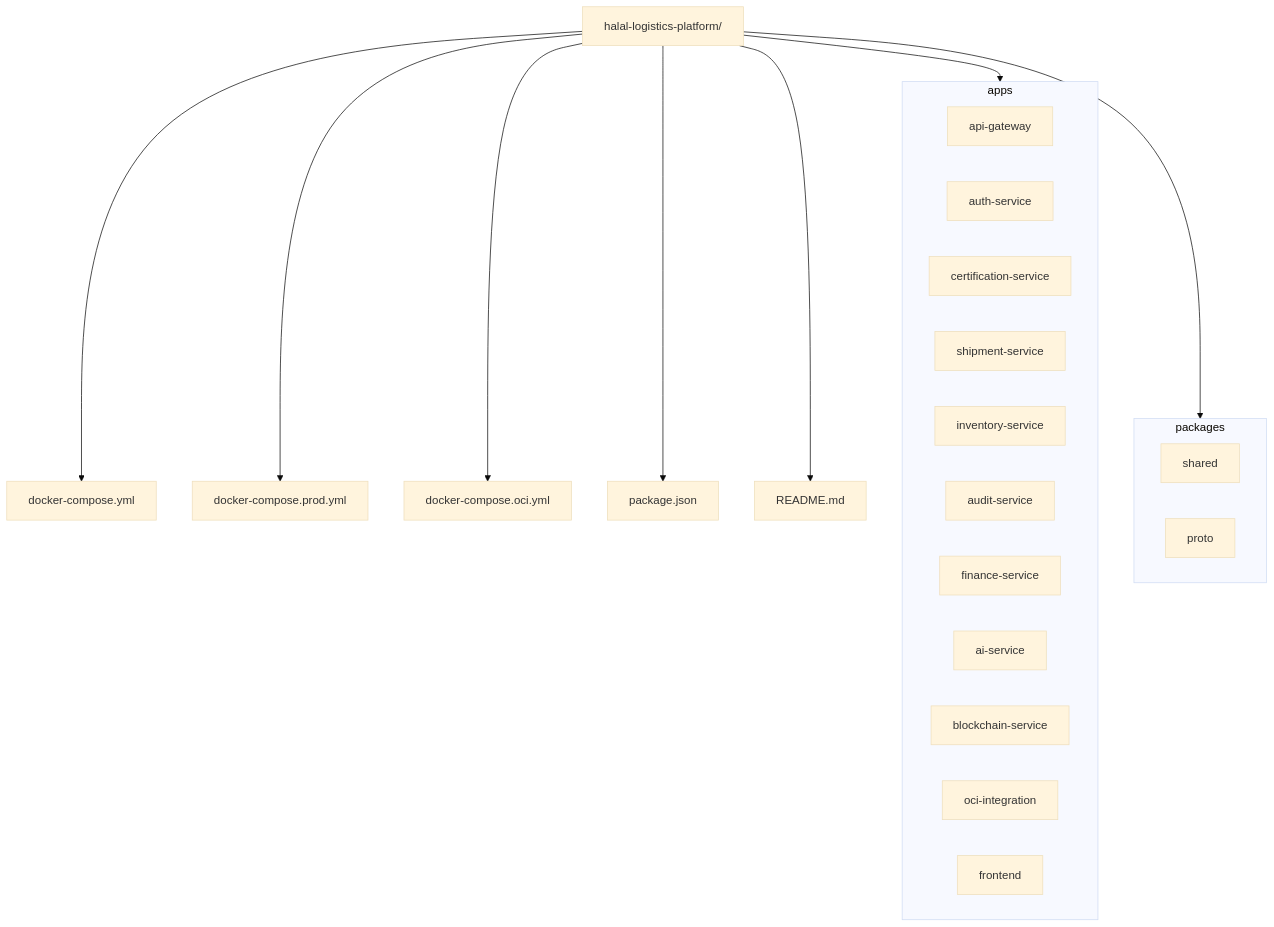
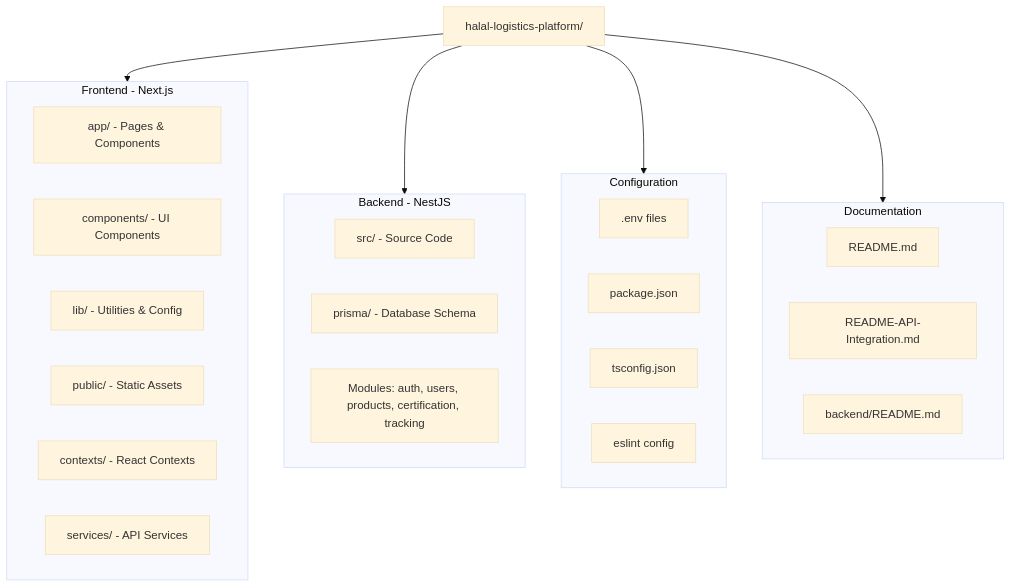
Before and after one commit to kk666679/Halal-Logistics: the second of 2 diagrams in README.md, drawn with Mermaid (base theme). The commit also changed other lines of this file and 267 other files, not shown here.

````diff
--- a/README.md
+++ b/README.md
@@ -122,31 +91,37 @@
 ```mermaid
 graph TD
   A[halal-logistics-platform/]
 
-  subgraph apps
-    AG[api-gateway]
-    AU[auth-service]
-    CE[certification-service]
-    SH[shipment-service]
-    IN[inventory-service]
-    AU2[audit-service]
-    FI[finance-service]
-    AI[ai-service]
-    BC[blockchain-service]
-    OCI[oci-integration]
-    FE[frontend]
+  subgraph frontend [Frontend - Next.js]
+    FE[app/ - Pages & Components]
+    COMP[components/ - UI Components]
+    LIB[lib/ - Utilities & Config]
+    PUB[public/ - Static Assets]
+    CONT[contexts/ - React Contexts]
+    SERV[services/ - API Services]
   end
 
-  subgraph packages
-    SHD[shared]
-    PRO[proto]
+  subgraph backend [Backend - NestJS]
+    SRC[src/ - Source Code]
+    PRIS[prisma/ - Database Schema]
+    MOD[Modules: auth, users, products, certification, tracking]
   end
 
-  A --> apps
-  A --> packages
-  A --> CFG[docker-compose.yml]
-  A --> CFG2[docker-compose.prod.yml]
-  A --> CFG3[docker-compose.oci.yml]
-  A --> PKG[package.json]
-  A --> DOC[README.md]
+  subgraph config [Configuration]
+    ENV[.env files]
+    PKG[package.json]
+    TS[tsconfig.json]
+    ESL[eslint config]
+  end
+
+  subgraph docs [Documentation]
+    READ[README.md]
+    API[README-API-Integration.md]
+    BACK[backend/README.md]
+  end
+
+  A --> frontend
+  A --> backend
+  A --> config
+  A --> docs
 ```
````
